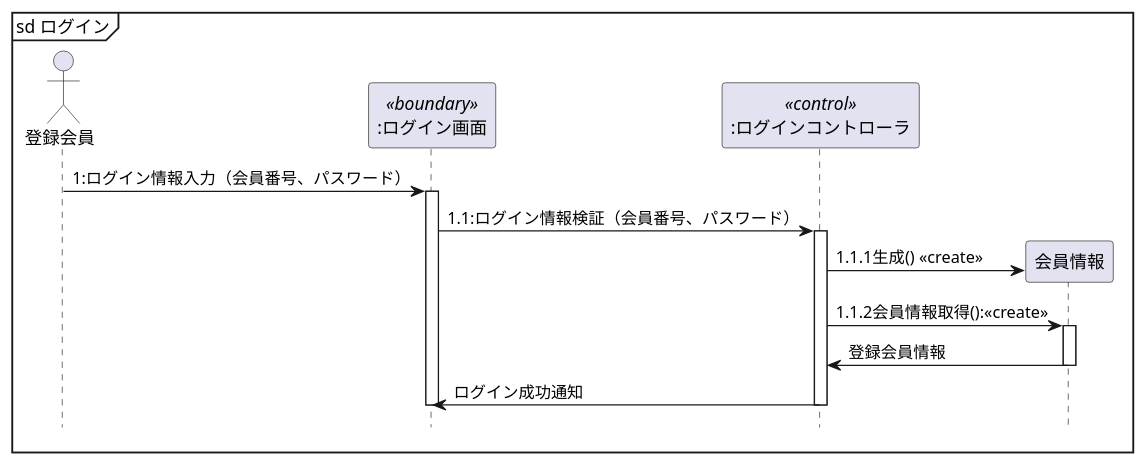
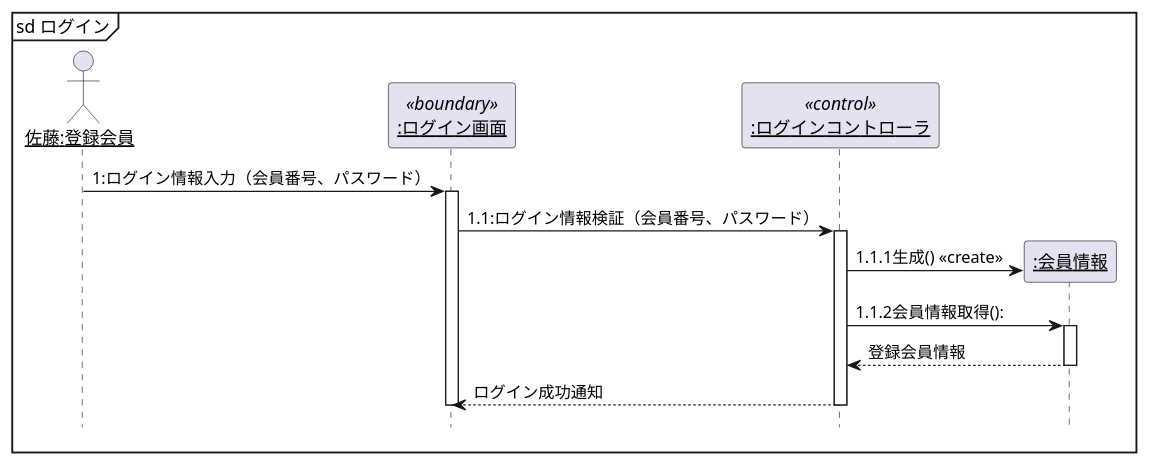
Before and after one commit to hosokawa3217/uml-exercises: the diagram in 図4-1 シーケンス図の例 ログインユースケース記述.pu, drawn with PlantUML. The commit also changed 20 other files, not shown here.

```diff
--- a/図4-1 シーケンス図の例 ログインユースケース記述.pu
+++ b/図4-1 シーケンス図の例 ログインユースケース記述.pu
@@ -1,36 +1,36 @@
-@startuml
+@startuml 図４－１シーケンス図の例
+' title  ログイン認証
 hide footbox
-Actor 登録会員 as member
-participant ":ログイン画面" as boundary <<boundary>>
-participant ":ログインコントローラ" as control <<control>>
-participant "会員情報" as entity
+Actor "<u>佐藤:登録会員</u>" as member
+participant "<u>:ログイン画面</u>" as boundary <<boundary>>
+participant "<u>:ログインコントローラ</u>" as control <<control>>
+' participant "会員情報" as entity
 
 mainframe sd ログイン 
 
 member -> boundary : 1:ログイン情報入力（会員番号、パスワード）
 activate  boundary
     boundary -> control : 1.1:ログイン情報検証（会員番号、パスワード）
 
-
     activate control
-    create entity
-    control -> entity :1.1.1生成() <<create>>
-        control -> entity : 1.1.2会員情報取得():<<create>>
+        create  "<u>:会員情報</u>" as entity
+        control -> entity :1.1.1生成() <<create>>
+        control -> entity : 1.1.2会員情報取得():
     
         activate entity
-            control <- entity : 登録会員情報
+            control <-- entity : 登録会員情報
         deactivate entity
 
-    boundary <- control : ログイン成功通知
+        boundary <-- control : ログイン成功通知
         
     deactivate control
 
 deactivate boundary
     
 
 ' control -> entity : <<create>>\n1.1.1生成():
 ' control -> entity : 1.1.2会員情報取得():<<create>>
 ' control <- entity : 登録会員情報
 
 
 @enduml
```
